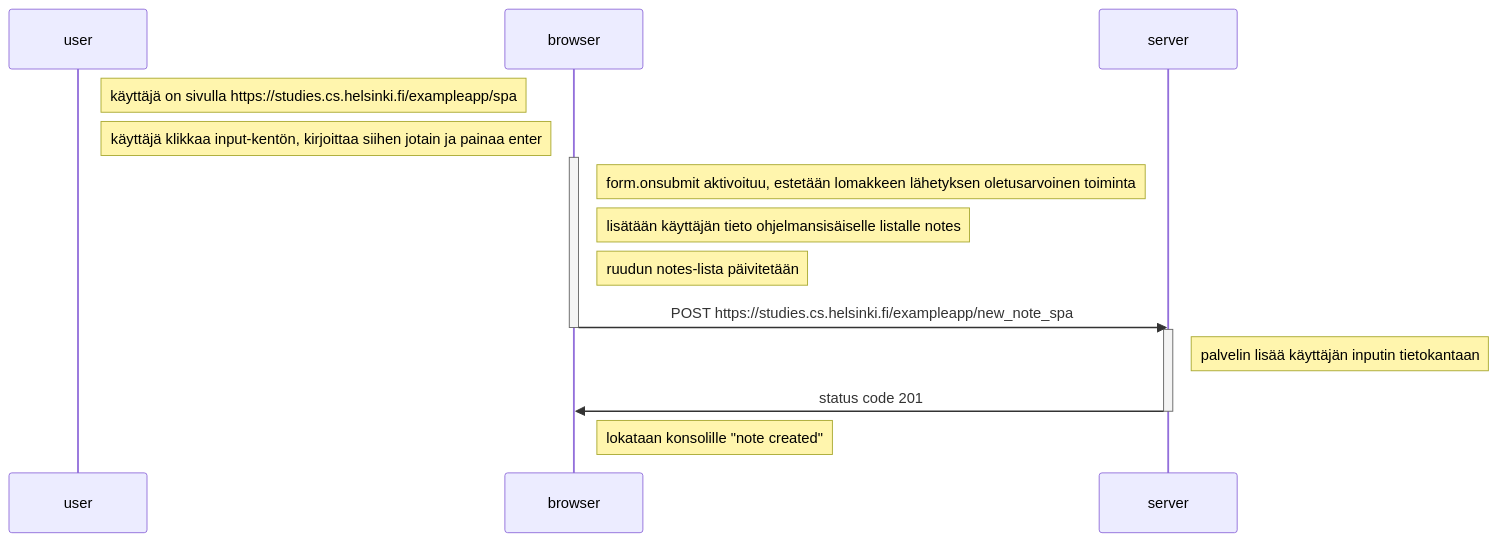
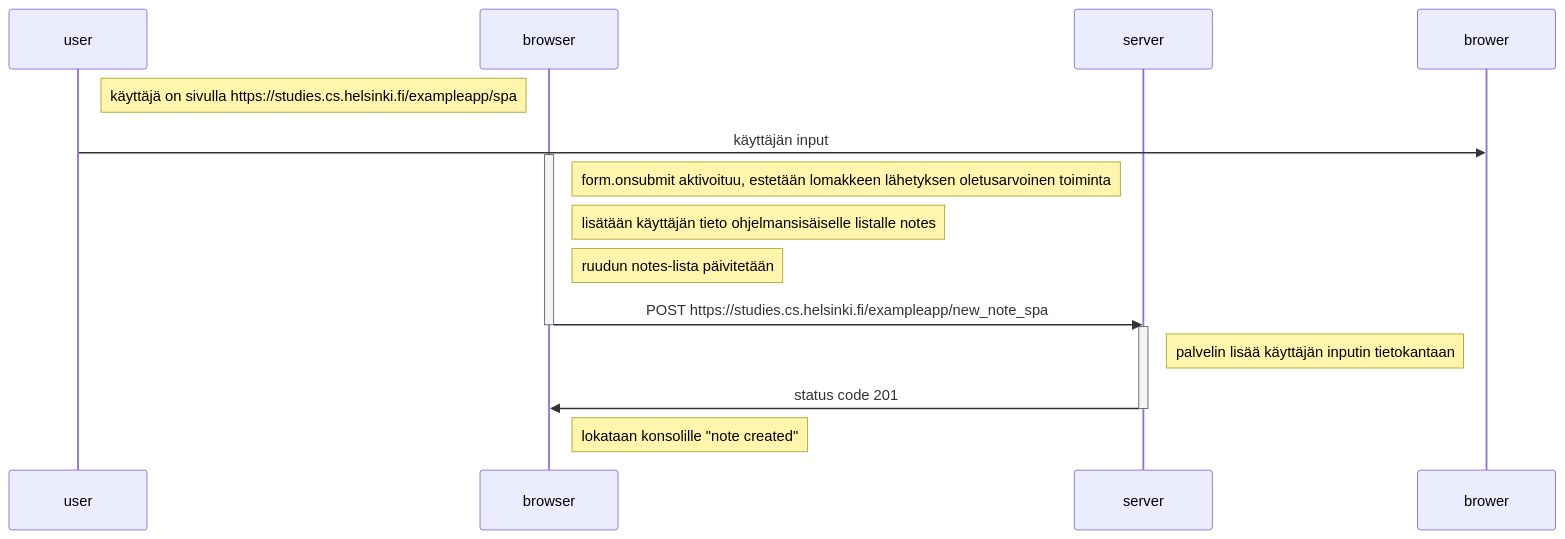
One commit to moocjsi/mooc-harj03 changed the diagram in mermaid-test9.md. Above: the diagram before and after it, drawn with Mermaid.

````diff
--- a/mermaid-test9.md
+++ b/mermaid-test9.md
@@ -2,25 +2,25 @@
 ```mermaid
 sequenceDiagram
     participant user
     participant browser
     participant server
 
     Note right of user: käyttäjä on sivulla https://studies.cs.helsinki.fi/exampleapp/spa
-    Note right of user: käyttäjä klikkaa input-kentön, kirjoittaa siihen jotain ja painaa enter
+    user->>brower: käyttäjän input
 
     activate browser
     Note right of browser: form.onsubmit aktivoituu, estetään lomakkeen lähetyksen oletusarvoinen toiminta
     Note right of browser: lisätään käyttäjän tieto ohjelmansisäiselle listalle notes
     Note right of browser: ruudun notes-lista päivitetään
     browser->>server: POST https://studies.cs.helsinki.fi/exampleapp/new_note_spa
     deactivate browser
 
     activate server
     Note right of server: palvelin lisää käyttäjän inputin tietokantaan
     server->>browser: status code 201
     deactivate server
 
     Note right of browser: lokataan konsolille "note created"
 
 
 ```
````
